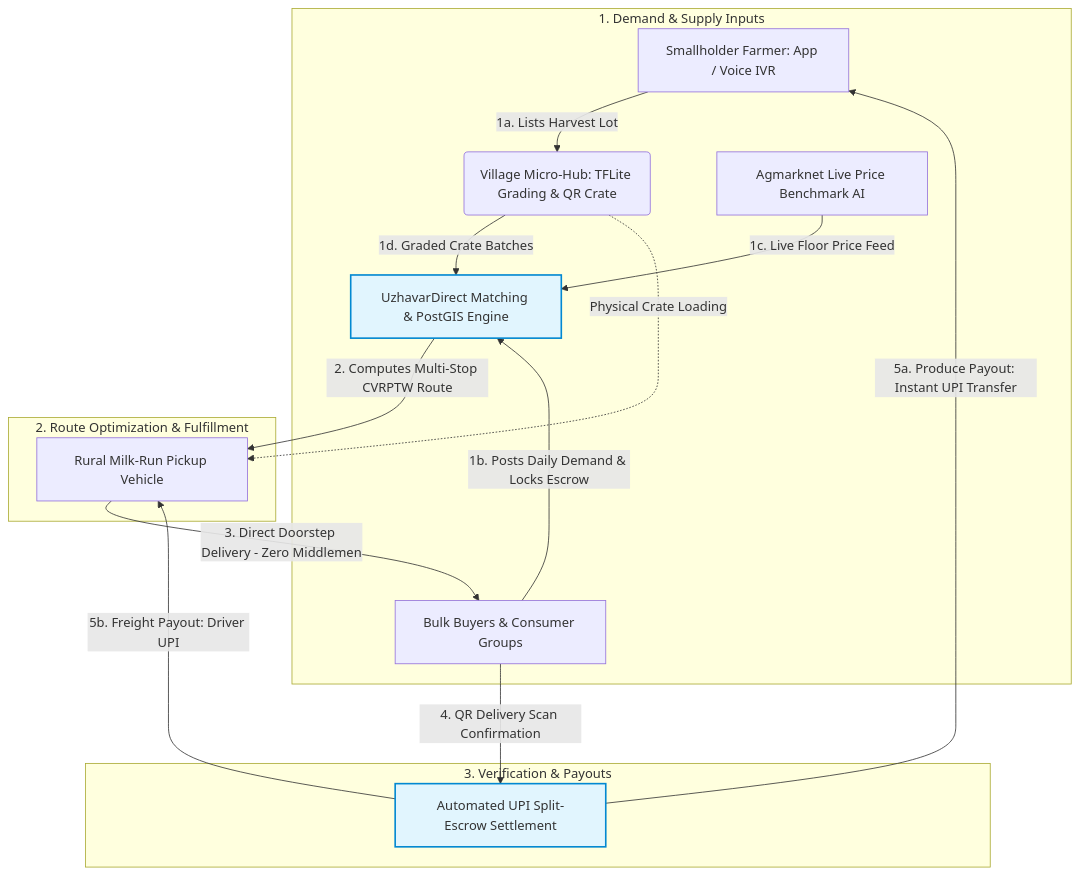
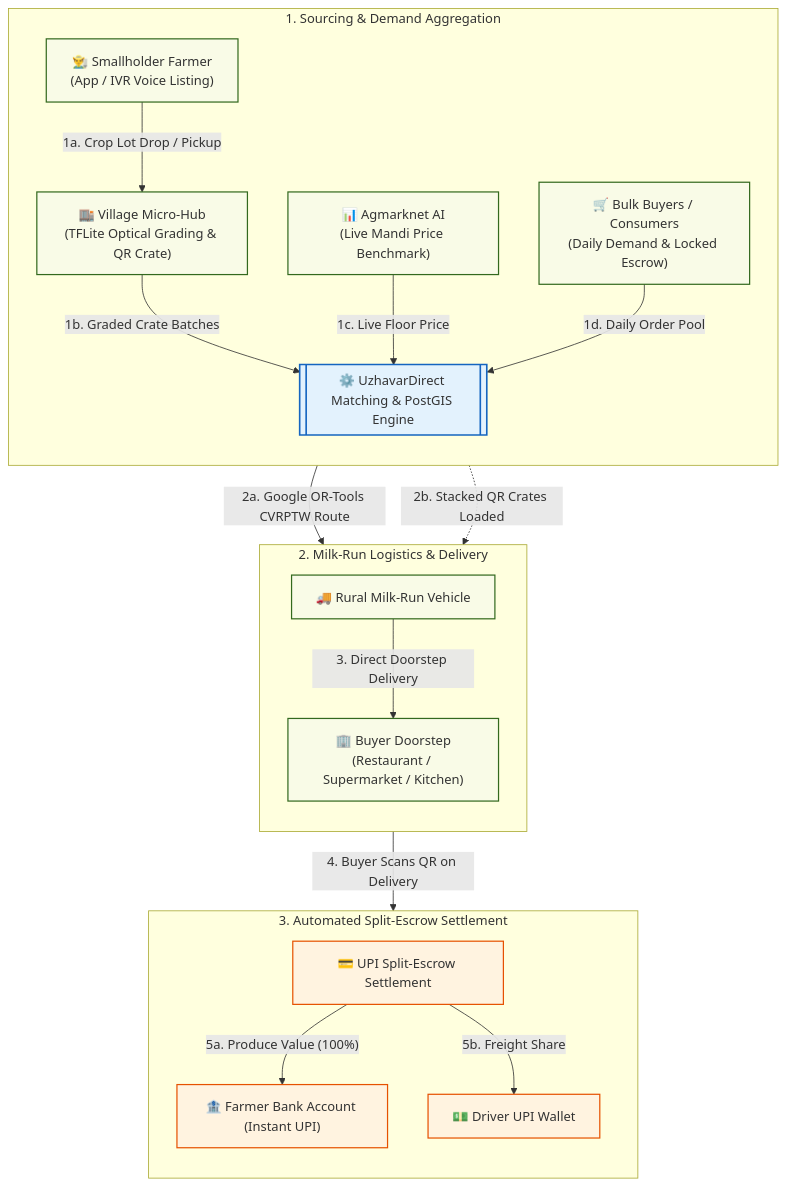
The diagram in README.md (japukazh-arch/SIH-26033), drawn with Mermaid before and after one commit.

````diff
--- a/README.md
+++ b/README.md
@@ -61,24 +61,44 @@
 ```mermaid
 flowchart TD
-    subgraph Inputs [1. Demand & Supply Inputs]
-        A[Smallholder Farmer: App / Voice IVR] -->|1a. Lists Harvest Lot| B(Village Micro-Hub: TFLite Grading & QR Crate)
-        C[Bulk Buyers & Consumer Groups] -->|1b. Posts Daily Demand & Locks Escrow| D[UzhavarDirect Matching & PostGIS Engine]
-        E[Agmarknet Live Price Benchmark AI] -->|1c. Live Floor Price Feed| D
-        B -->|1d. Graded Crate Batches| D
+    %% --- STAGE 1: DEMAND & SUPPLY ---
+    subgraph Stage1 ["1. Sourcing & Demand Aggregation"]
+        direction TB
+        Farmer["👨‍🌾 Smallholder Farmer<br/>(App / IVR Voice Listing)"]
+        Hub["🏬 Village Micro-Hub<br/>(TFLite Optical Grading & QR Crate)"]
+        Agmarknet["📊 Agmarknet AI<br/>(Live Mandi Price Benchmark)"]
+        Buyers["🛒 Bulk Buyers / Consumers<br/>(Daily Demand & Locked Escrow)"]
+
+        Farmer -->|"1a. Crop Lot Drop / Pickup"| Hub
+        Hub -->|"1b. Graded Crate Batches"| Engine
+        Agmarknet -->|"1c. Live Floor Price"| Engine
+        Buyers -->|"1d. Daily Order Pool"| Engine
     end
 
-    subgraph Logistics [2. Route Optimization & Fulfillment]
-        D -->|2. Computes Multi-Stop CVRPTW Route| F[Rural Milk-Run Pickup Vehicle]
-        B -.->|Physical Crate Loading| F
-        F -->|3. Direct Doorstep Delivery - Zero Middlemen| C
+    %% --- STAGE 2: MATCHING & ROUTING ---
+    Engine[["⚙️ UzhavarDirect Matching & PostGIS Engine"]]
+
+    %% --- STAGE 3: LOGISTICS & DELIVERY ---
+    subgraph Stage2 ["2. Milk-Run Logistics & Delivery"]
+        direction TB
+        Engine -->|"2a. Google OR-Tools CVRPTW Route"| Truck["🚚 Rural Milk-Run Vehicle"]
+        Hub -.->|"2b. Stacked QR Crates Loaded"| Truck
+        Truck -->|"3. Direct Doorstep Delivery"| DeliveryPoint["🏢 Buyer Doorstep<br/>(Restaurant / Supermarket / Kitchen)"]
     end
 
-    subgraph Settlement [3. Verification & Payouts]
-        C -->|4. QR Delivery Scan Confirmation| G[Automated UPI Split-Escrow Settlement]
-        G -->|5a. Produce Payout: Instant UPI Transfer| A
-        G -->|5b. Freight Payout: Driver UPI| F
+    %% --- STAGE 4: SETTLEMENT ---
+    subgraph Stage3 ["3. Automated Split-Escrow Settlement"]
+        direction TB
+        DeliveryPoint -->|"4. Buyer Scans QR on Delivery"| Escrow["💳 UPI Split-Escrow Settlement"]
+        Escrow -->|"5a. Produce Value (100%)"| FarmerPay["🏦 Farmer Bank Account (Instant UPI)"]
+        Escrow -->|"5b. Freight Share"| DriverPay["💵 Driver UPI Wallet"]
     end
 
-    classDef core fill:#e1f5fe,stroke:#0288d1,stroke-width:2px;
-    class D,G core;
+    %% --- STYLING ---
+    classDef core fill:#e3f2fd,stroke:#1565c0,stroke-width:2px;
+    classDef nodeStyle fill:#f9fbe7,stroke:#33691e,stroke-width:1.5px;
+    classDef payStyle fill:#fff3e0,stroke:#e65100,stroke-width:1.5px;
+
+    class Engine core;
+    class Farmer,Hub,Buyers,Truck,DeliveryPoint,Agmarknet nodeStyle;
+    class Escrow,FarmerPay,DriverPay payStyle;
 ```
````
